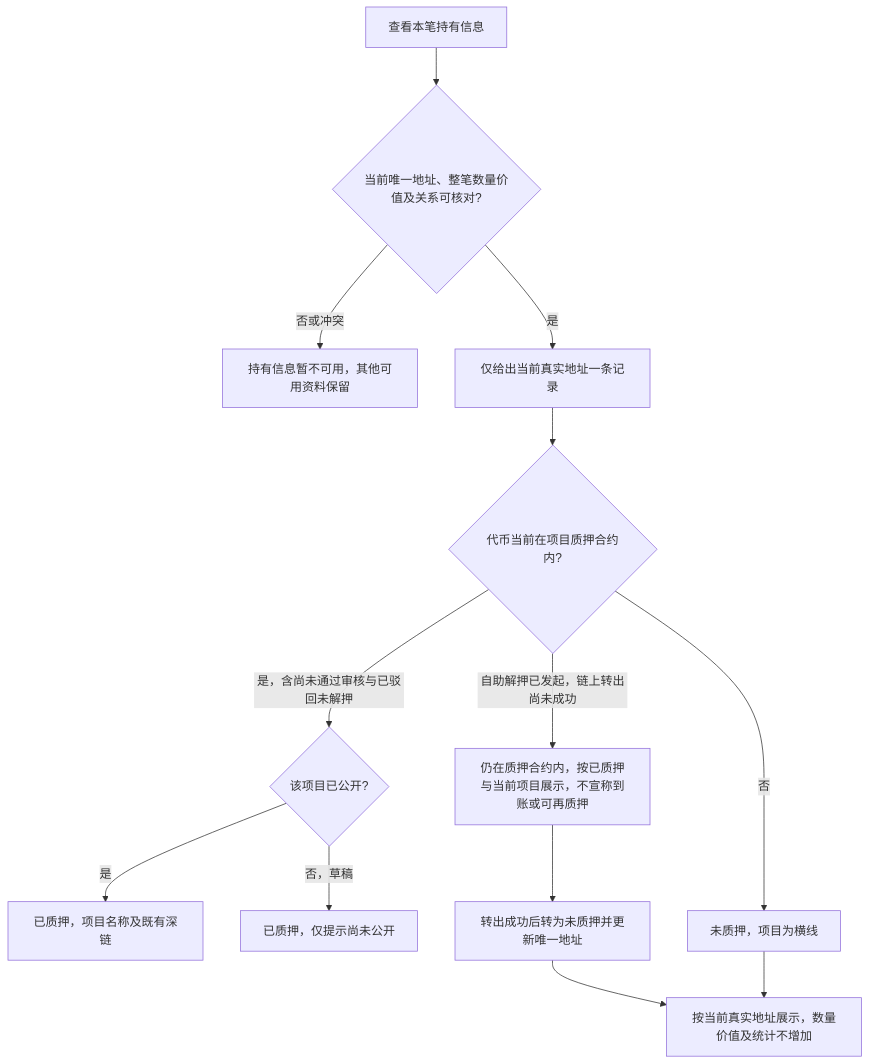
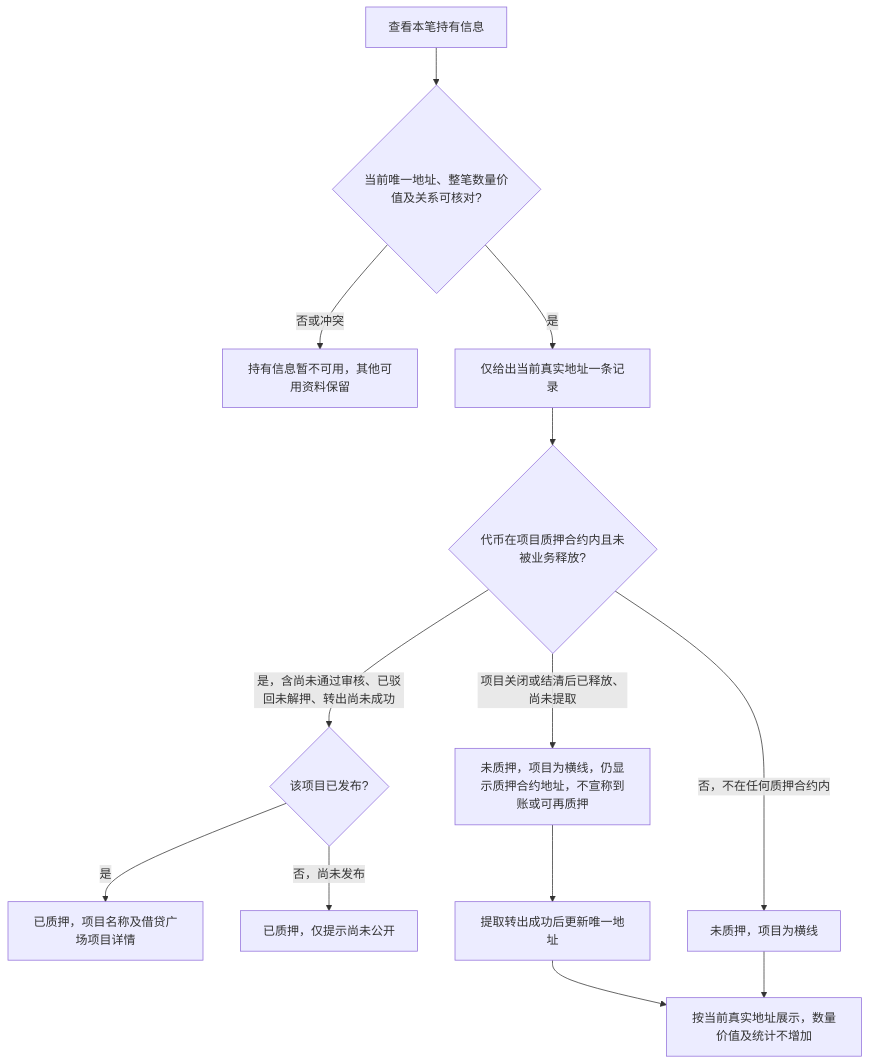
One commit to wxblockchain/Chain-Financing changed the third of 6 diagrams in lending-platform/PRD/面客端/04-资产广场-已上架代币只读域/02-资产广场-流程图与状态机.md. Above: the diagram before and after it, drawn with Mermaid. The commit also changed other lines of this file and 3 other files, not shown here.

````diff
--- a/lending-platform/PRD/面客端/04-资产广场-已上架代币只读域/02-资产广场-流程图与状态机.md
+++ b/lending-platform/PRD/面客端/04-资产广场-已上架代币只读域/02-资产广场-流程图与状态机.md
@@ -56,15 +56,15 @@
 ```mermaid
 flowchart TD
   A[查看本笔持有信息] --> B{当前唯一地址、整笔数量价值及关系可核对?}
   B -->|否或冲突| C[持有信息暂不可用，其他可用资料保留]
   B -->|是| D[仅给出当前真实地址一条记录]
-  D --> E{代币当前在项目质押合约内?}
-  E -->|是，含尚未通过审核与已驳回未解押| F{该项目已公开?}
-  F -->|是| G[已质押，项目名称及既有深链]
-  F -->|否，草稿| H[已质押，仅提示尚未公开]
-  E -->|自助解押已发起，链上转出尚未成功| K[仍在质押合约内，按已质押与当前项目展示，不宣称到账或可再质押]
-  K --> M[转出成功后转为未质押并更新唯一地址]
-  E -->|否| I[未质押，项目为横线]
+  D --> E{代币在项目质押合约内且未被业务释放?}
+  E -->|是，含尚未通过审核、已驳回未解押、转出尚未成功| F{该项目已发布?}
+  F -->|是| G[已质押，项目名称及借贷广场项目详情]
+  F -->|否，尚未发布| H[已质押，仅提示尚未公开]
+  E -->|项目关闭或结清后已释放、尚未提取| K[未质押，项目为横线，仍显示质押合约地址，不宣称到账或可再质押]
+  K --> M[提取转出成功后更新唯一地址]
+  E -->|否，不在任何质押合约内| I[未质押，项目为横线]
   M --> L[按当前真实地址展示，数量价值及统计不增加]
   I --> L
 ```
````
